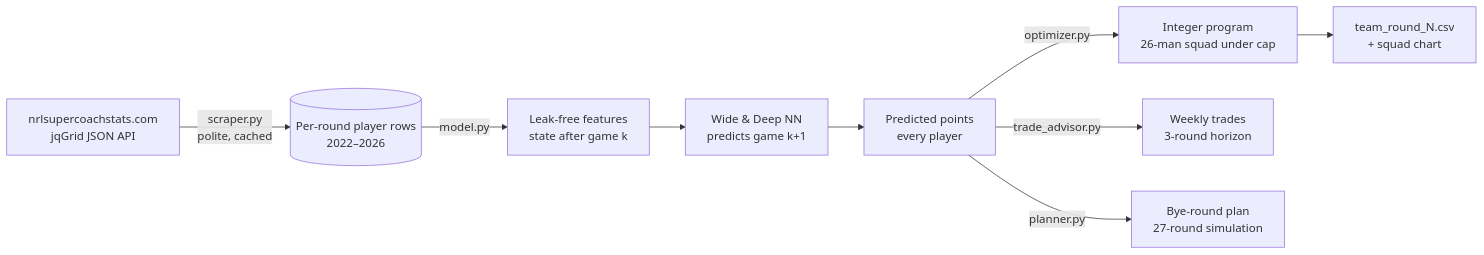
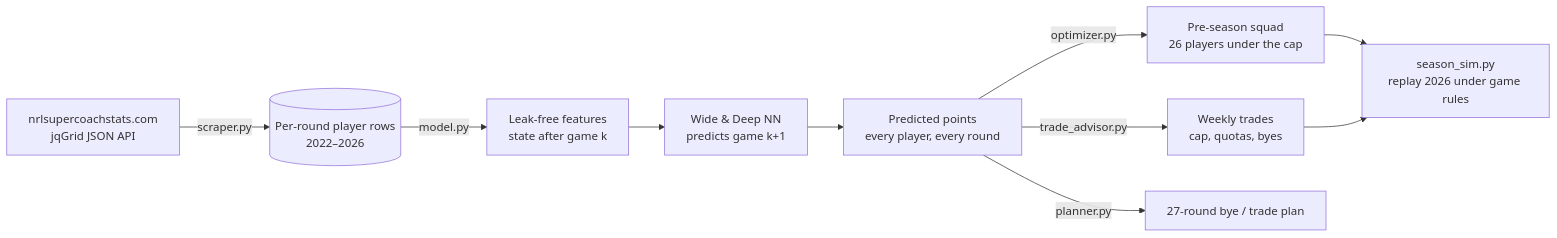
One commit to M-Attwood/NRL-Super-Team-Stats changed the diagram in README.md. Above: the diagram before and after it, drawn with Mermaid. The commit also changed other lines of this file and 18 other files, not shown here.

First line of the commit message:
Full-season 2026 simulation under Supercoach rules + player/position charts

````diff
--- a/README.md
+++ b/README.md
@@ -27,11 +32,11 @@
 ```mermaid
 flowchart LR
-    A[nrlsupercoachstats.com<br/>jqGrid JSON API] -->|scraper.py<br/>polite, cached| B[(Per-round player rows<br/>2022–2026)]
+    A[nrlsupercoachstats.com<br/>jqGrid JSON API] -->|scraper.py| B[(Per-round player rows<br/>2022–2026)]
     B -->|model.py| C[Leak-free features<br/>state after game k]
     C --> D[Wide & Deep NN<br/>predicts game k+1]
-    D --> E[Predicted points<br/>every player]
-    E -->|optimizer.py| F[Integer program<br/>26-man squad under cap]
-    F --> G[team_round_N.csv<br/>+ squad chart]
-    E -->|trade_advisor.py| H[Weekly trades<br/>3-round horizon]
-    E -->|planner.py| I[Bye-round plan<br/>27-round simulation]
+    D --> E[Predicted points<br/>every player, every round]
+    E -->|optimizer.py| F[Pre-season squad<br/>26 players under the cap]
+    E -->|trade_advisor.py| G[Weekly trades<br/>cap, quotas, byes]
+    E -->|planner.py| H[27-round bye / trade plan]
+    F & G --> I[season_sim.py<br/>replay 2026 under game rules]
 ```
````
